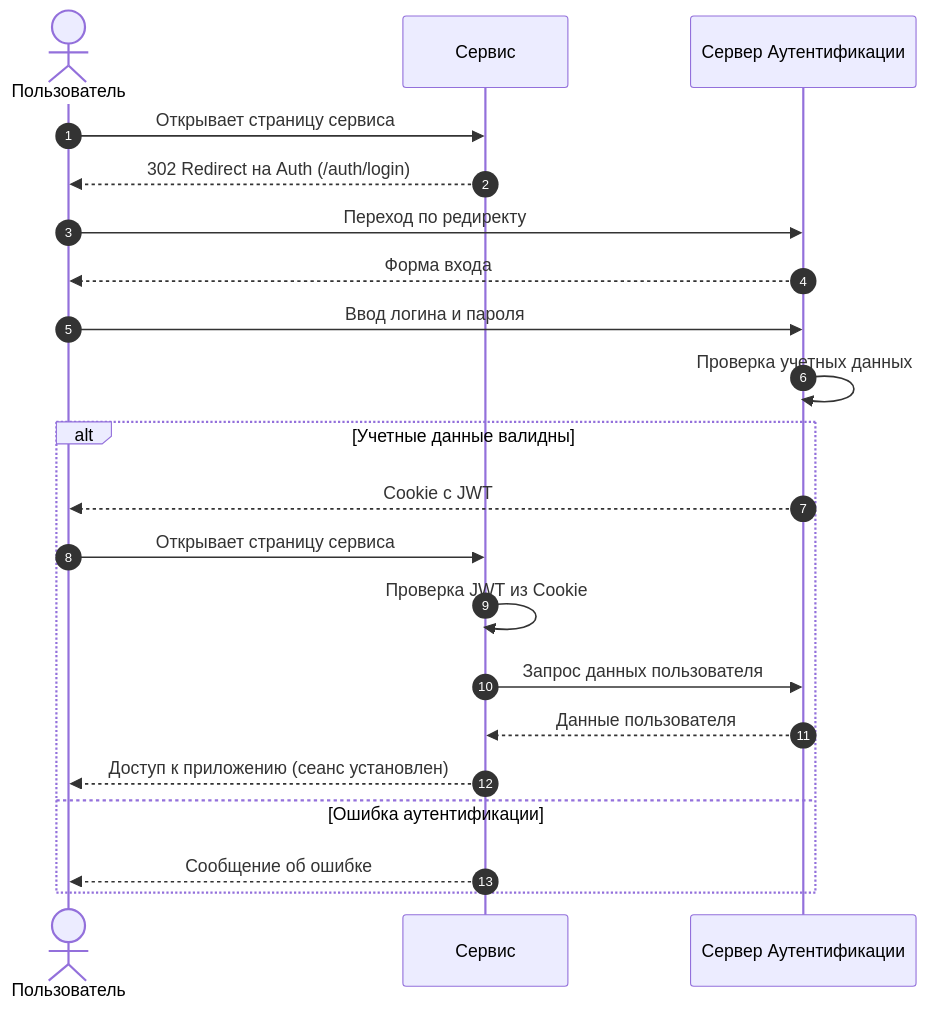
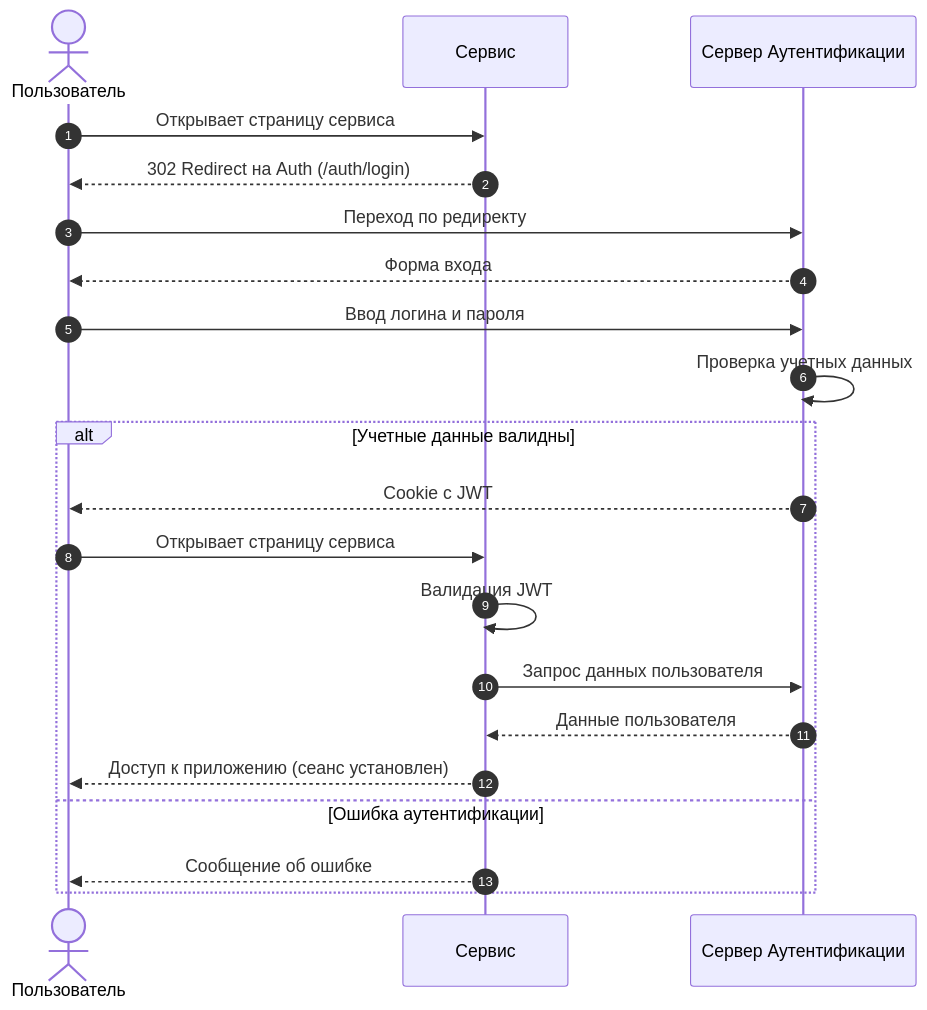
One commit to developer-rulink/rulink-docs changed the diagram in auth/docs/index.md. Above: the diagram before and after it, drawn with Mermaid.

````diff
--- a/auth/docs/index.md
+++ b/auth/docs/index.md
@@ -14,25 +14,25 @@
 ```mermaid
 sequenceDiagram
     autonumber
     actor User as Пользователь
     participant Service as Сервис    
     participant Auth as Сервер Аутентификации
 
 
     User->>Service: Открывает страницу сервиса
     Service-->>User: 302 Redirect на Auth (/auth/login)
     User->>Auth: Переход по редиректу
     Auth-->>User: Форма входа
     User->>Auth: Ввод логина и пароля
     Auth->>Auth: Проверка учетных данных
     alt Учетные данные валидны
         Auth-->>User: Cookie с JWT
         User->>Service: Открывает страницу сервиса  
-        Service->>Service: Проверка JWT из Cookie
+        Service->>Service: Валидация JWT
         Service->>Auth: Запрос данных пользователя
         Auth-->>Service: Данные пользователя
         Service-->>User: Доступ к приложению (сеанс установлен)
     else Ошибка аутентификации
         Service-->>User: Сообщение об ошибке
     end
 ```
````
